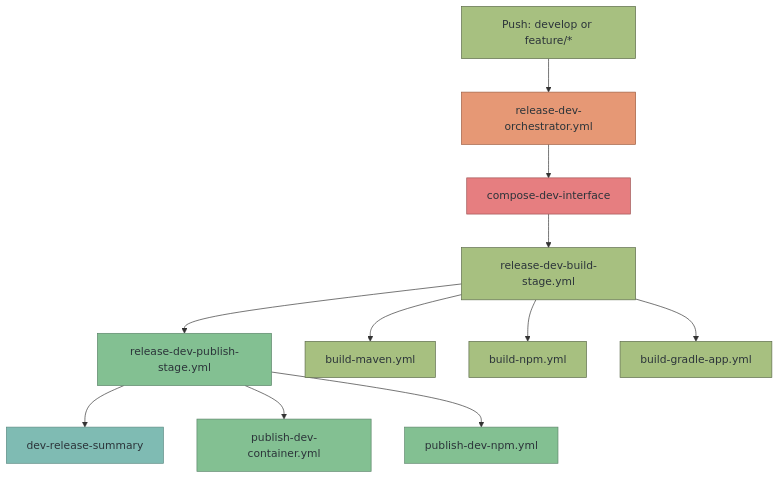
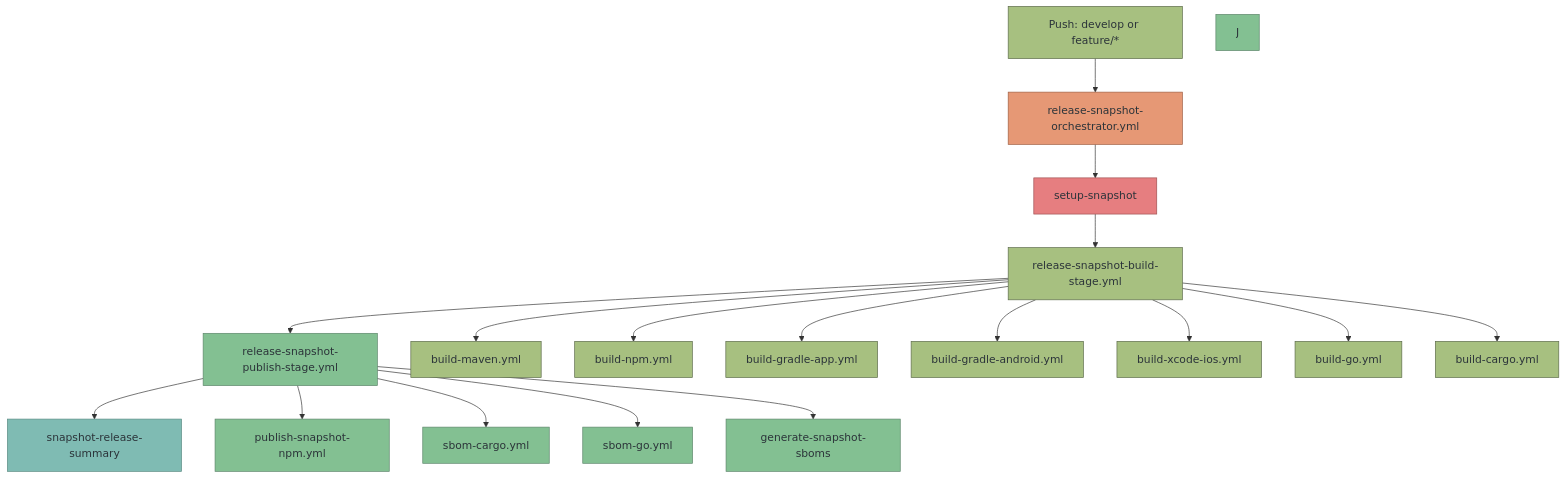
Before and after one commit to diggsweden/reusable-ci: the third of 5 diagrams in docs/workflows.md, drawn with Mermaid. The commit also changed other lines of this file and 351 other files, not shown here.

````diff
--- a/docs/workflows.md
+++ b/docs/workflows.md
@@ -203,27 +245,40 @@
 ```mermaid
 graph TD
-    A[Push: develop or feature/*] --> B[release-dev-orchestrator.yml]
-    B --> C[compose-dev-interface]
-    C --> D[release-dev-build-stage.yml]
-    D --> E[release-dev-publish-stage.yml]
-    E --> F[dev-release-summary]
+    A[Push: develop or feature/*] --> B[release-snapshot-orchestrator.yml]
+    B --> C[setup-snapshot]
+    C --> D[release-snapshot-build-stage.yml]
+    D --> E[release-snapshot-publish-stage.yml]
+    E --> F[snapshot-release-summary]
 
     D --> G[build-maven.yml]
     D --> H[build-npm.yml]
     D --> I[build-gradle-app.yml]
+    D --> I2[build-gradle-android.yml]
+    D --> I3[build-xcode-ios.yml]
+    D --> I4[build-go.yml]
+    D --> I5[build-cargo.yml]
 
-    E --> J[publish-dev-container.yml]
-    E --> K[publish-dev-npm.yml]
+    E --> K[publish-snapshot-npm.yml]
+    E --> L[sbom-cargo.yml]
+    E --> L2[sbom-go.yml]
+    E --> M[generate-snapshot-sboms]
 
     style A fill:#a7c080,stroke:#5c6a4a,color:#2b3339
     style B fill:#e69875,stroke:#9d5c41,color:#2b3339
     style C fill:#e67e80,stroke:#9d4f50,color:#2b3339
     style D fill:#a7c080,stroke:#5c6a4a,color:#2b3339
     style E fill:#83c092,stroke:#5c856a,color:#2b3339
     style F fill:#7fbbb3,stroke:#5a8a82,color:#2b3339
     style G fill:#a7c080,stroke:#5c6a4a,color:#2b3339
     style H fill:#a7c080,stroke:#5c6a4a,color:#2b3339
     style I fill:#a7c080,stroke:#5c6a4a,color:#2b3339
+    style I2 fill:#a7c080,stroke:#5c6a4a,color:#2b3339
+    style I3 fill:#a7c080,stroke:#5c6a4a,color:#2b3339
+    style I4 fill:#a7c080,stroke:#5c6a4a,color:#2b3339
+    style I5 fill:#a7c080,stroke:#5c6a4a,color:#2b3339
     style J fill:#83c092,stroke:#5c856a,color:#2b3339
     style K fill:#83c092,stroke:#5c856a,color:#2b3339
+    style L fill:#83c092,stroke:#5c856a,color:#2b3339
+    style L2 fill:#83c092,stroke:#5c856a,color:#2b3339
+    style M fill:#83c092,stroke:#5c856a,color:#2b3339
 ```
````
